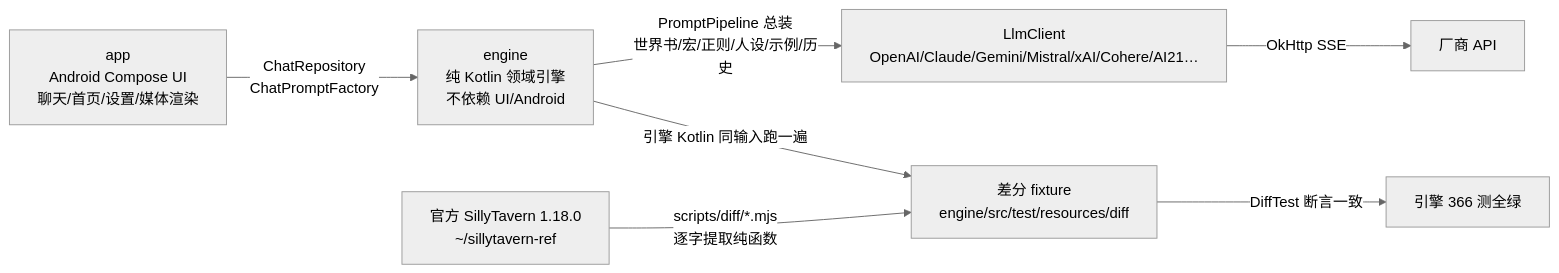
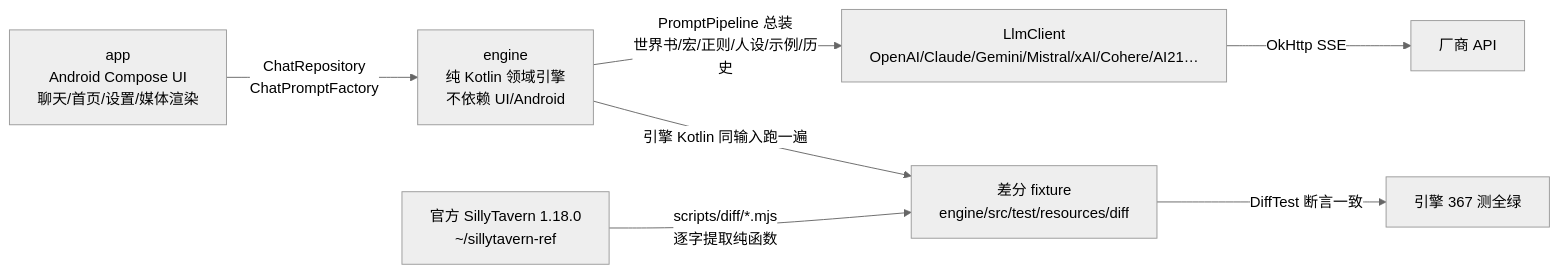
The diagram in docs/HANDOFF.md (heikeyangle-code/ember-inn), drawn with Mermaid (neutral theme) before and after one commit. The commit also changed other lines of this file and 14 other files, not shown here.

````diff
--- a/docs/HANDOFF.md
+++ b/docs/HANDOFF.md
@@ -8,9 +8,9 @@
 ```mermaid
 flowchart LR
  A[app<br/>Android Compose UI<br/>聊天/首页/设置/媒体渲染] -->|ChatRepository<br/>ChatPromptFactory| B[engine<br/>纯 Kotlin 领域引擎<br/>不依赖 UI/Android]
  B -->|PromptPipeline 总装<br/>世界书/宏/正则/人设/示例/历史| C[LlmClient<br/>OpenAI/Claude/Gemini/Mistral/xAI/Cohere/AI21…]
  C -->|OkHttp SSE| D[厂商 API]
  E[官方 SillyTavern 1.18.0<br/>~/sillytavern-ref] -->|scripts/diff/*.mjs<br/>逐字提取纯函数| F[差分 fixture<br/>engine/src/test/resources/diff]
  B -->|引擎 Kotlin 同输入跑一遍| F
- F -->|DiffTest 断言一致| G[引擎 366 测全绿]
+ F -->|DiffTest 断言一致| G[引擎 367 测全绿]
 ```
````
